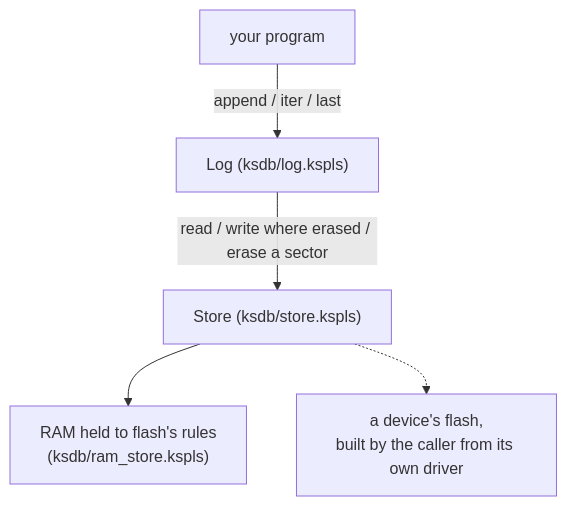
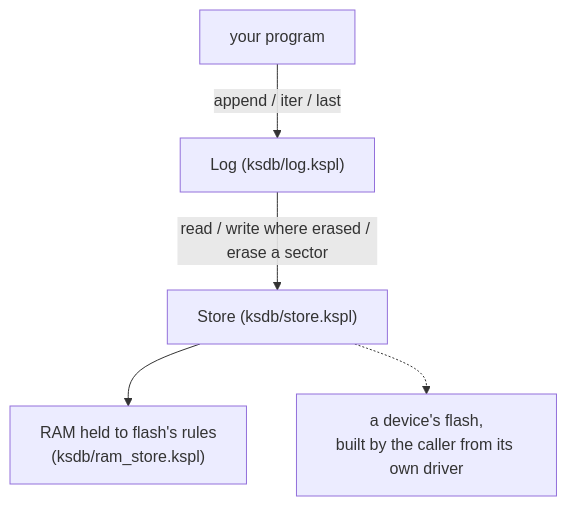
Before and after one commit to kansosystem-org/kspl-experimental: the diagram in ksdb/README.md, drawn with Mermaid. The commit also changed other lines of this file and 1422 other files, not shown here.

````diff
--- a/ksdb/README.md
+++ b/ksdb/README.md
@@ -54,7 +54,7 @@
 ```mermaid
 flowchart TD
-    P["your program"] -->|"append / iter / last"| L["Log (ksdb/log.kspls)"]
-    L -->|"read / write where erased / erase a sector"| S["Store (ksdb/store.kspls)"]
-    S --> R["RAM held to flash's rules<br/>(ksdb/ram_store.kspls)"]
+    P["your program"] -->|"append / iter / last"| L["Log (ksdb/log.kspl)"]
+    L -->|"read / write where erased / erase a sector"| S["Store (ksdb/store.kspl)"]
+    S --> R["RAM held to flash's rules<br/>(ksdb/ram_store.kspl)"]
     S -.-> F["a device's flash,<br/>built by the caller from its own driver"]
 ```
````
